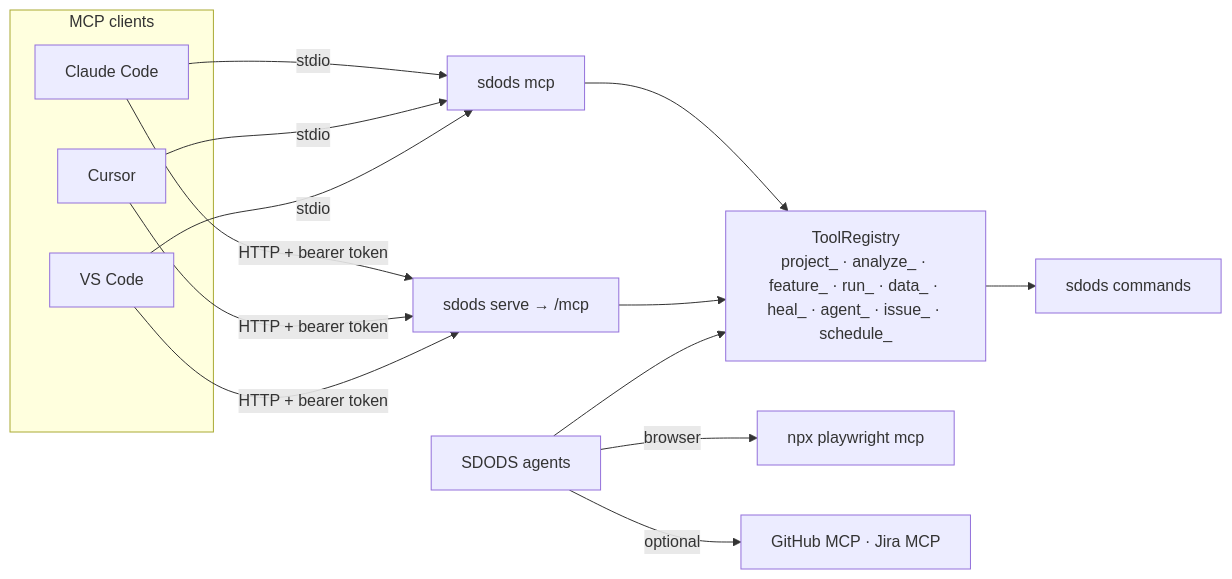
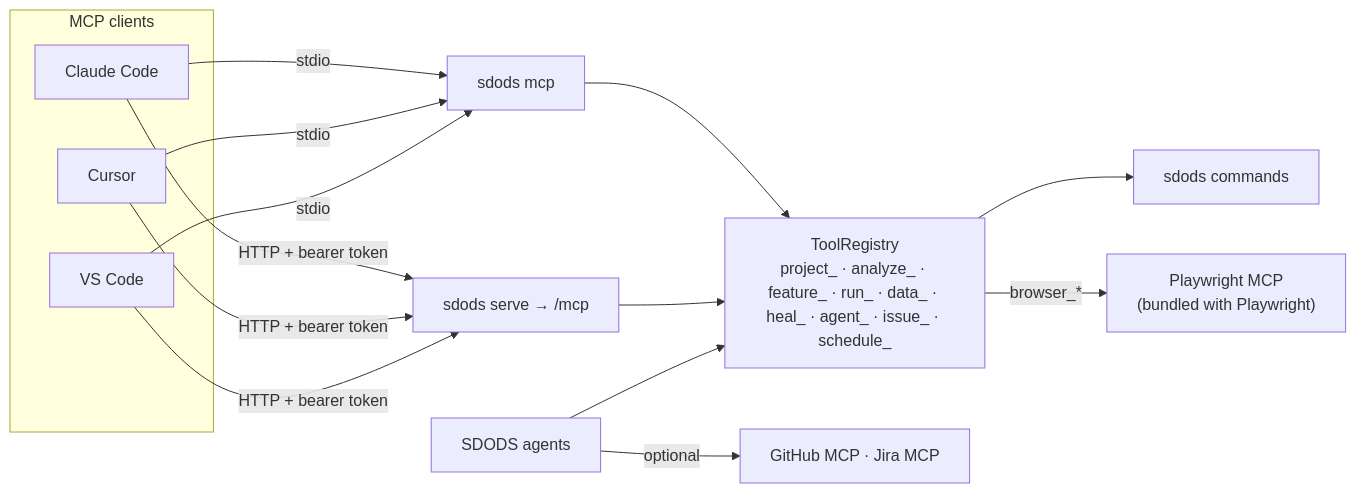
Before and after one commit to YarlisAISolutions/SDODS: the diagram in apps/docs/content/docs/guides/mcp.mdx, drawn with Mermaid. The commit also changed other lines of this file and 43 other files, not shown here.

````diff
--- a/apps/docs/content/docs/guides/mcp.mdx
+++ b/apps/docs/content/docs/guides/mcp.mdx
@@ -13,15 +13,15 @@
 ```mermaid
 flowchart LR
   subgraph clients["MCP clients"]
     CC["Claude Code"]
     CU["Cursor"]
     VS["VS Code"]
   end
   CC & CU & VS -->|stdio| S1["sdods mcp"]
   CC & CU & VS -->|HTTP + bearer token| S2["sdods serve → /mcp"]
   S1 & S2 --> REG["ToolRegistry<br/>project_ · analyze_ · feature_ · run_ · data_ · heal_ · agent_ · issue_ · schedule_"]
   REG --> CLI["sdods commands"]
+  REG -->|browser_*| PW["Playwright MCP<br/>(bundled with Playwright)"]
   AG["SDODS agents"] --> REG
-  AG -->|browser| PW["npx playwright mcp"]
   AG -->|optional| EXT["GitHub MCP · Jira MCP"]
 ```
````
